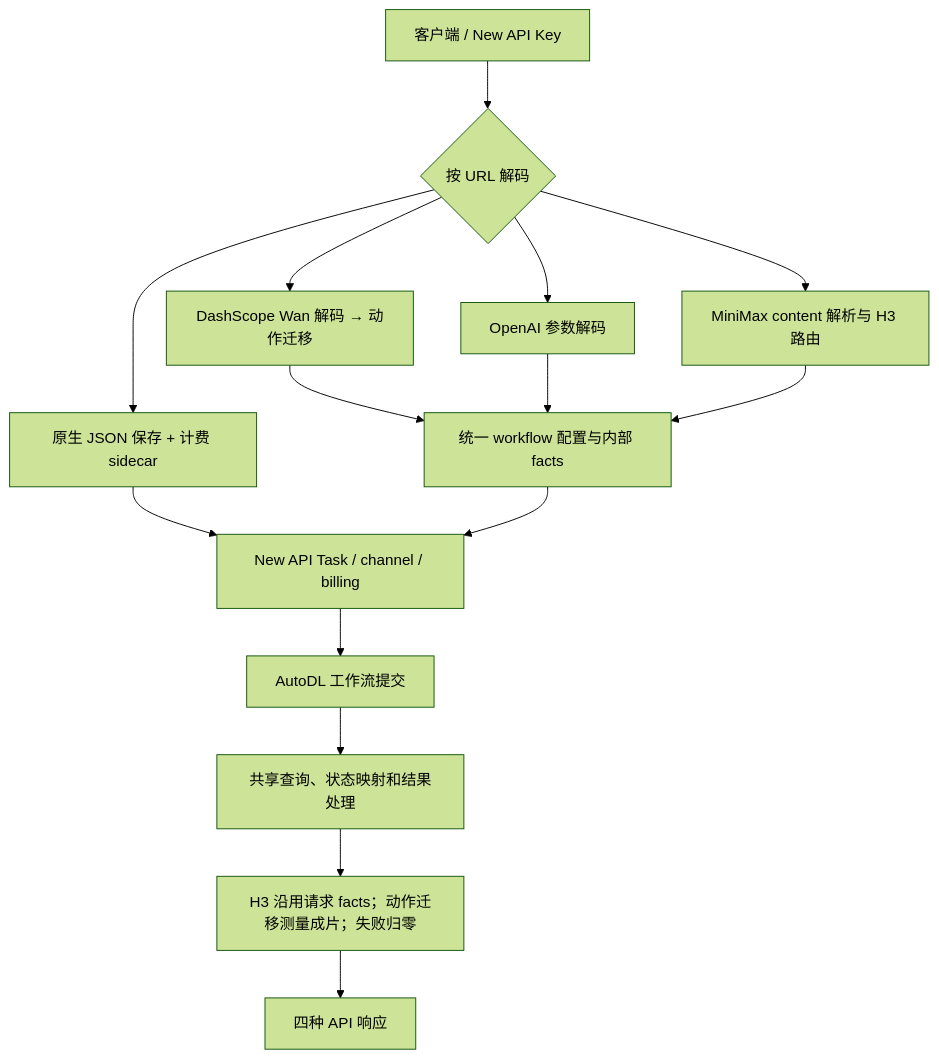
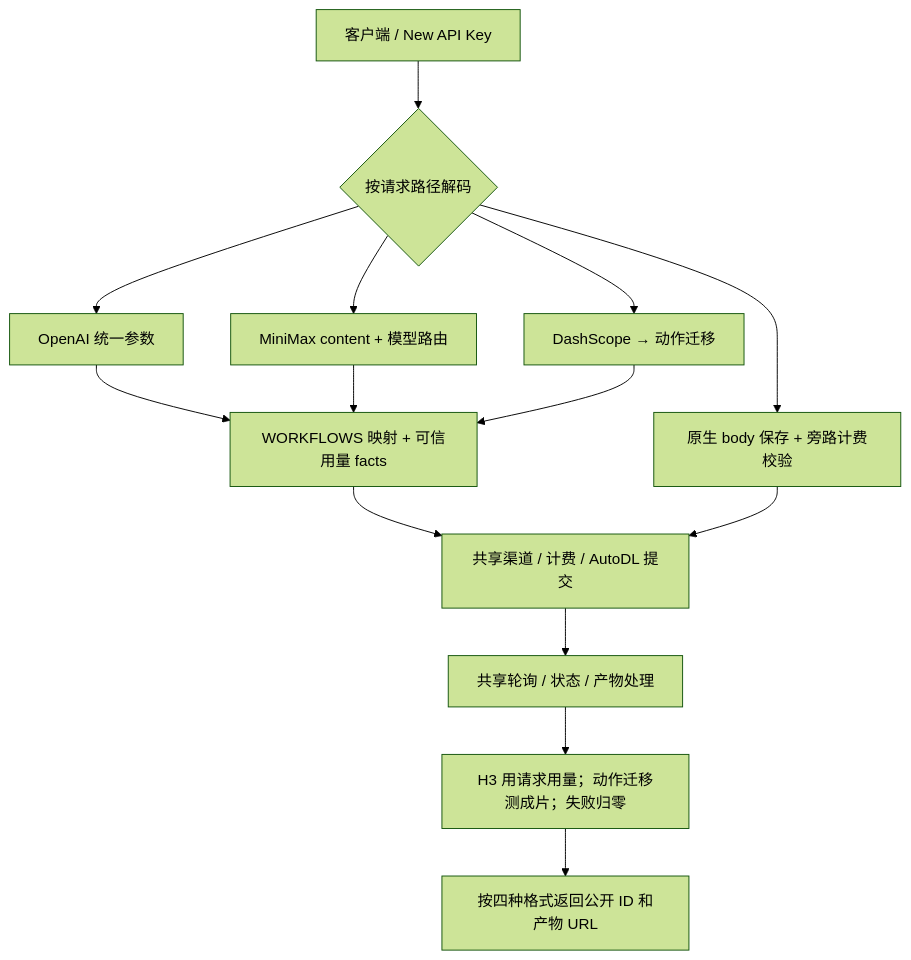
One commit to yiyinfaith/new-api-plugin-autodl changed the diagram in API.md. Above: the diagram before and after it, drawn with Mermaid (forest theme). The commit also changed other lines of this file and 1 other file, not shown here.

Commit message:
docs: condense API reference into a self-contained guide

````diff
--- a/API.md
+++ b/API.md
@@ -664,17 +443,13 @@
 ```mermaid
 flowchart TD
-    Client["客户端 / New API Key"] --> Decoder{"按 URL 解码"}
-    Decoder --> OAI["OpenAI 参数解码"]
-    Decoder --> MM["MiniMax content 解析与 H3 路由"]
-    Decoder --> Native["原生 JSON 保存 + 计费 sidecar"]
-    Decoder --> Dash["DashScope Wan 解码 → 动作迁移"]
-    Dash --> Normalize
-    OAI --> Normalize["统一 workflow 配置与内部 facts"]
-    MM --> Normalize
-    Native --> Common["New API Task / channel / billing"]
-    Normalize --> Common
-    Common --> Upstream["AutoDL 工作流提交"]
-    Upstream --> Poll["共享查询、状态映射和结果处理"]
-    Poll --> Settlement["H3 沿用请求 facts；动作迁移测量成片；失败归零"]
-    Settlement --> Response["四种 API 响应"]
+  Client["客户端 / New API Key"] --> Decode{"按请求路径解码"}
+  Decode --> OpenAI["OpenAI 统一参数"]
+  Decode --> MiniMax["MiniMax content + 模型路由"]
+  Decode --> Native["原生 body 保存 + 旁路计费校验"]
+  Decode --> Dash["DashScope → 动作迁移"]
+  OpenAI & MiniMax & Dash --> Normalize["WORKFLOWS 映射 + 可信用量 facts"]
+  Normalize & Native --> Task["共享渠道 / 计费 / AutoDL 提交"]
+  Task --> Poll["共享轮询 / 状态 / 产物处理"]
+  Poll --> Settle["H3 用请求用量；动作迁移测成片；失败归零"]
+  Settle --> Response["按四种格式返回公开 ID 和产物 URL"]
 ```
````
